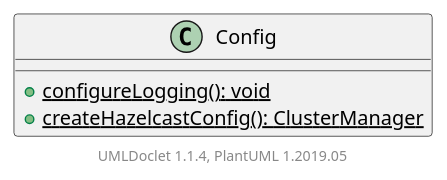
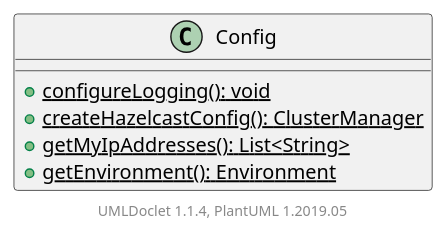
One commit to rc-dukes/dukes changed the diagram in dukes/apidocs/nl/vaneijndhoven/dukes/common/Config.puml. Above: the diagram before and after it, drawn with PlantUML. The commit also changed 1456 other files, not shown here.

```diff
--- a/dukes/apidocs/nl/vaneijndhoven/dukes/common/Config.puml
+++ b/dukes/apidocs/nl/vaneijndhoven/dukes/common/Config.puml
@@ -1,10 +1,12 @@
 @startuml
 
     class Config [[Config.html]] {
         {static} +configureLogging(): void
         {static} +createHazelcastConfig(): ClusterManager
+        {static} +getMyIpAddresses(): List<String>
+        {static} +getEnvironment(): Environment
     }
 
 
     center footer UMLDoclet 1.1.4, PlantUML 1.2019.05
 @enduml
```
